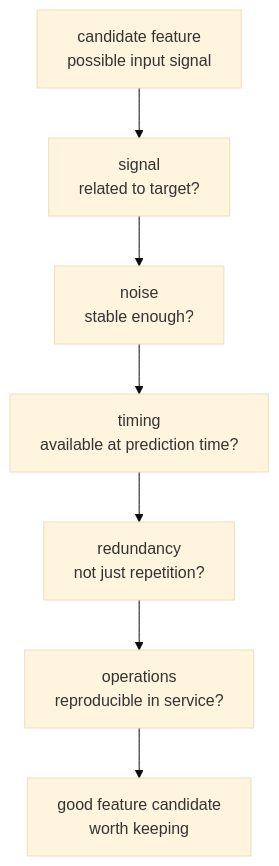
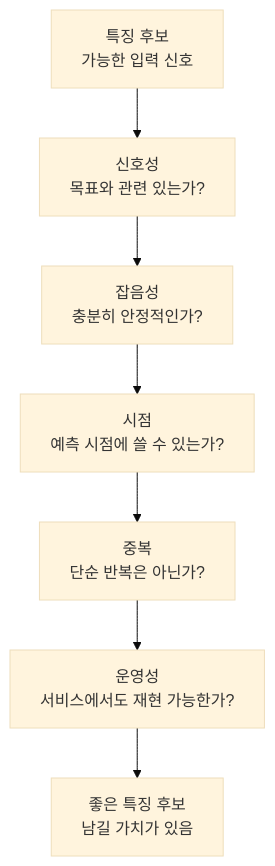
One commit to devchan64/AiBook changed the second of 4 diagrams in docs/parts/part-04/chapter-07/section-01.md. Above: the diagram before and after it, drawn with Mermaid (base theme). The commit also changed other lines of this file and 138 other files, not shown here.

````diff
--- a/docs/parts/part-04/chapter-07/section-01.md
+++ b/docs/parts/part-04/chapter-07/section-01.md
@@ -337,17 +337,17 @@
 ```mermaid
 flowchart TB
-  A["candidate feature<br/>possible input signal"]
-  B["signal<br/>related to target?"]
-  C["noise<br/>stable enough?"]
-  D["timing<br/>available at prediction time?"]
-  E["redundancy<br/>not just repetition?"]
-  F["operations<br/>reproducible in service?"]
-  G["good feature candidate<br/>worth keeping"]
+  A["특징 후보<br/>가능한 입력 신호"]
+  B["신호성<br/>목표와 관련 있는가?"]
+  C["잡음성<br/>충분히 안정적인가?"]
+  D["시점<br/>예측 시점에 쓸 수 있는가?"]
+  E["중복<br/>단순 반복은 아닌가?"]
+  F["운영성<br/>서비스에서도 재현 가능한가?"]
+  G["좋은 특징 후보<br/>남길 가치가 있음"]
 
   A --> B
   B --> C
   C --> D
   D --> E
   E --> F
   F --> G
 ```
````
